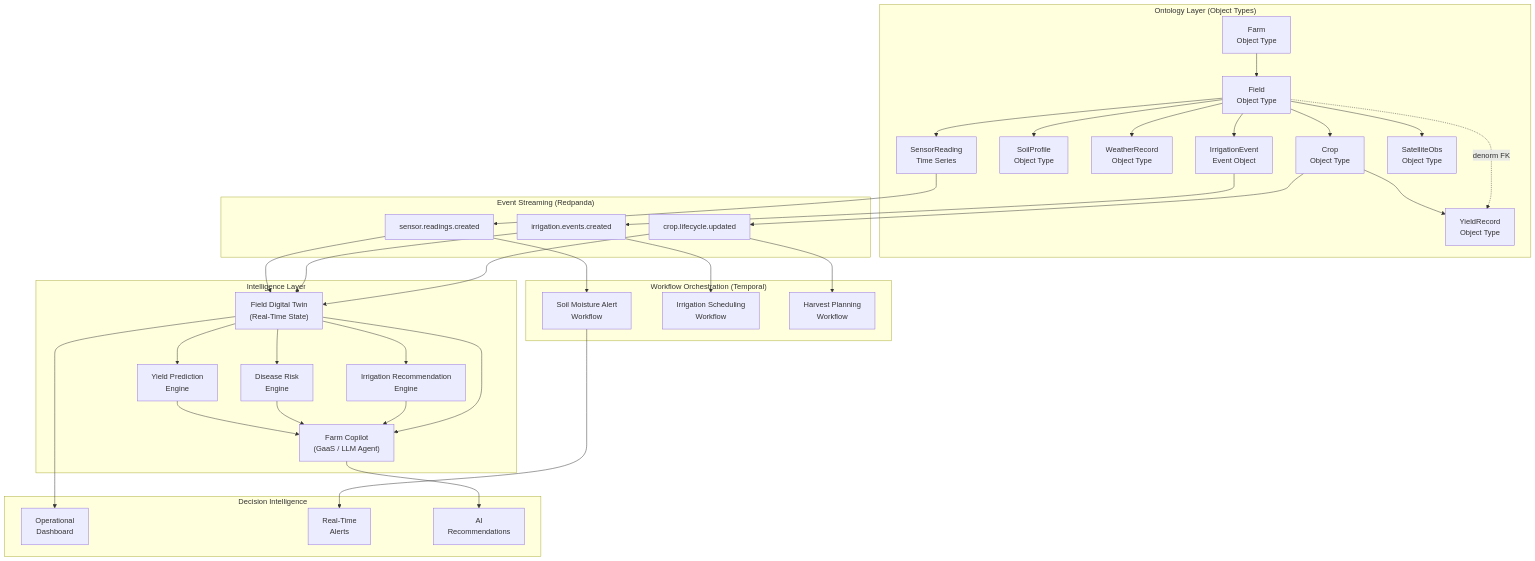
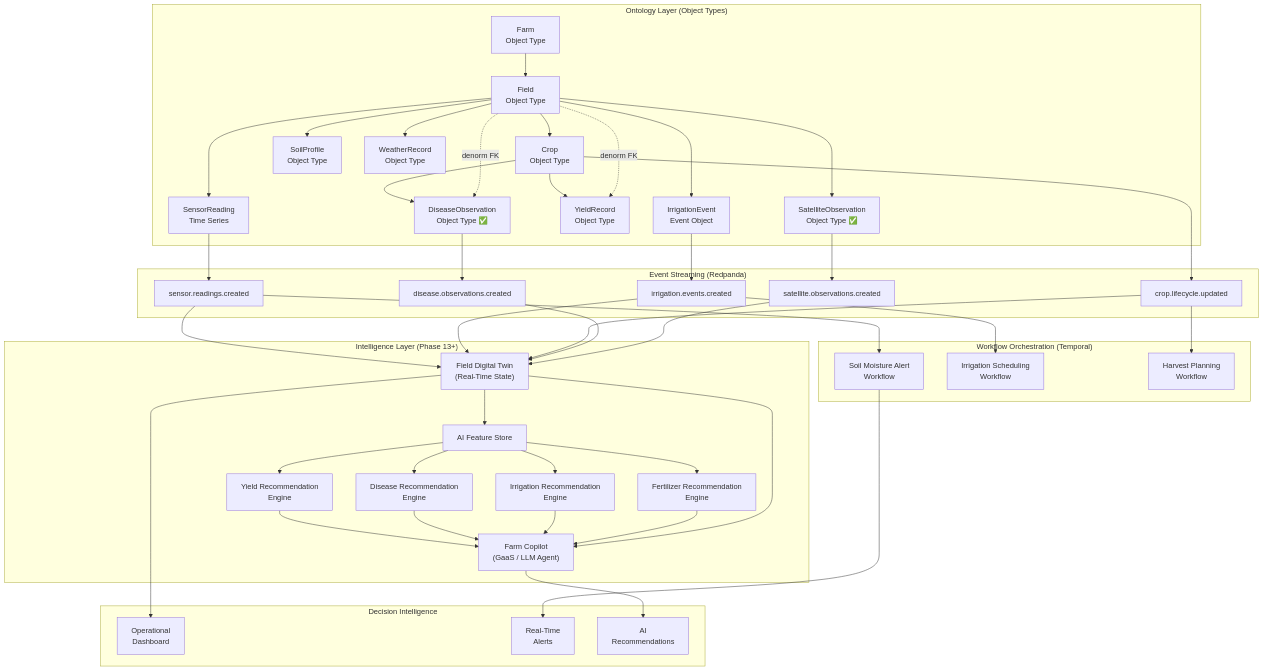
Before and after one commit to santoshnarayanan/AGRIFLOW-AI: the second of 4 diagrams in docs/AGRIFLOW_PALANTIR_ALIGNMENT.md, drawn with Mermaid. The commit also changed other lines of this file, not shown here.

Commit message:
Phase 11 - docs: update

```diff
--- a/docs/AGRIFLOW_PALANTIR_ALIGNMENT.md
+++ b/docs/AGRIFLOW_PALANTIR_ALIGNMENT.md
@@ -542,20 +671,25 @@
         SensorOT["SensorReading\nTime Series"]
         IrrigOT["IrrigationEvent\nEvent Object"]
         YieldOT["YieldRecord\nObject Type"]
-        SatOT["SatelliteObs\nObject Type"]
+        DiseaseOT["DiseaseObservation\nObject Type ✅"]
+        SatOT["SatelliteObservation\nObject Type ✅"]
     end
 
     subgraph EventStreams["Event Streaming (Redpanda)"]
         SRTopic["sensor.readings.created"]
         IETopic["irrigation.events.created"]
         CropTopic["crop.lifecycle.updated"]
+        DiseaseTopic["disease.observations.created"]
+        SatTopic["satellite.observations.created"]
     end
 
-    subgraph Intelligence["Intelligence Layer"]
+    subgraph Intelligence["Intelligence Layer (Phase 13+)"]
         DT["Field Digital Twin\n(Real-Time State)"]
-        YieldAI["Yield Prediction\nEngine"]
-        DiseaseAI["Disease Risk\nEngine"]
+        YieldAI["Yield Recommendation\nEngine"]
+        DiseaseAI["Disease Recommendation\nEngine"]
         IrrigAI["Irrigation Recommendation\nEngine"]
+        FertAI["Fertilizer Recommendation\nEngine"]
+        FeatureStore["AI Feature Store"]
         GaaS["Farm Copilot\n(GaaS / LLM Agent)"]
     end
 
@@ -578,20 +712,28 @@
     FieldOT --> SensorOT
     FieldOT --> IrrigOT
     CropOT --> YieldOT
+    CropOT --> DiseaseOT
     FieldOT -.->|"denorm FK"| YieldOT
+    FieldOT -.->|"denorm FK"| DiseaseOT
     FieldOT --> SatOT
 
     SensorOT --> SRTopic
     IrrigOT --> IETopic
     CropOT --> CropTopic
+    DiseaseOT --> DiseaseTopic
+    SatOT --> SatTopic
 
     SRTopic --> DT
     IETopic --> DT
     CropTopic --> DT
+    DiseaseTopic --> DT
+    SatTopic --> DT
 
-    DT --> YieldAI
-    DT --> DiseaseAI
-    DT --> IrrigAI
+    DT --> FeatureStore
+    FeatureStore --> YieldAI
+    FeatureStore --> DiseaseAI
+    FeatureStore --> IrrigAI
+    FeatureStore --> FertAI
 
     SRTopic --> AlertWF
     IETopic --> IrrigWF
@@ -600,6 +742,7 @@
     YieldAI --> GaaS
     DiseaseAI --> GaaS
     IrrigAI --> GaaS
+    FertAI --> GaaS
     DT --> GaaS
 
     DT --> Dashboard
```
